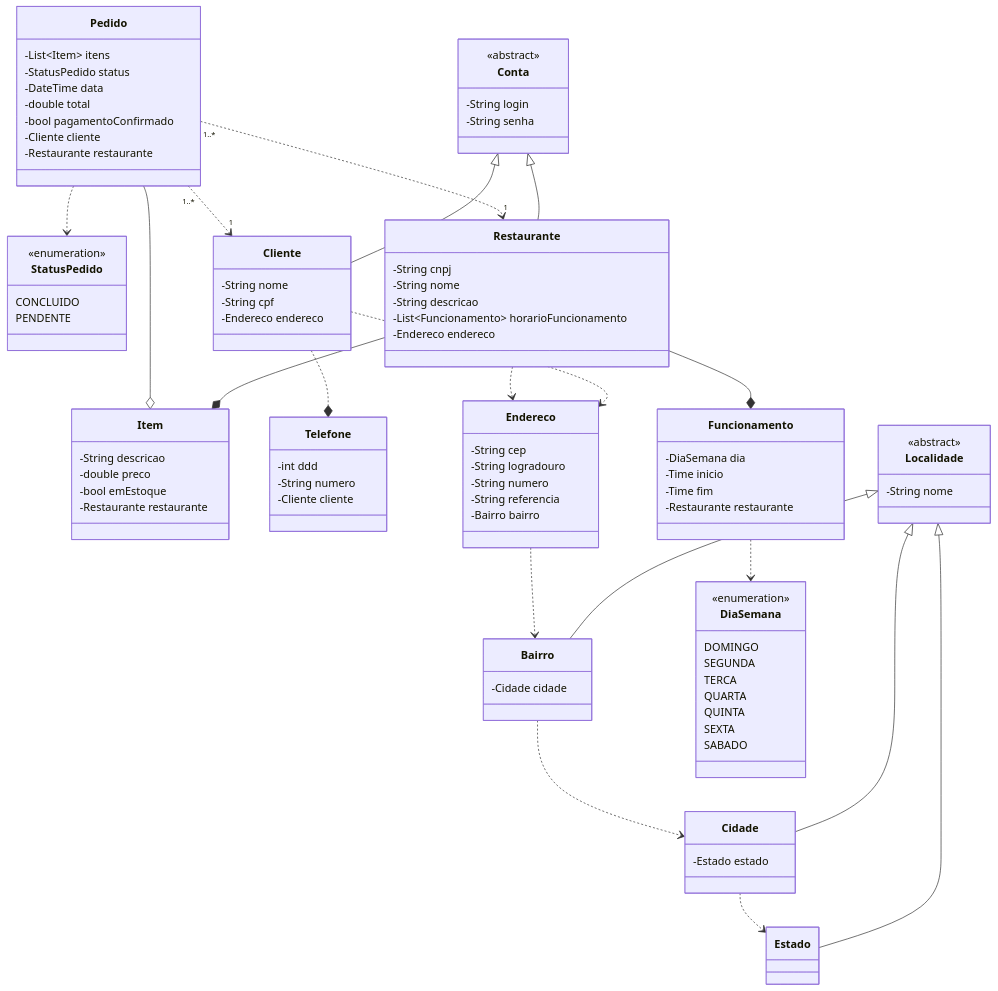
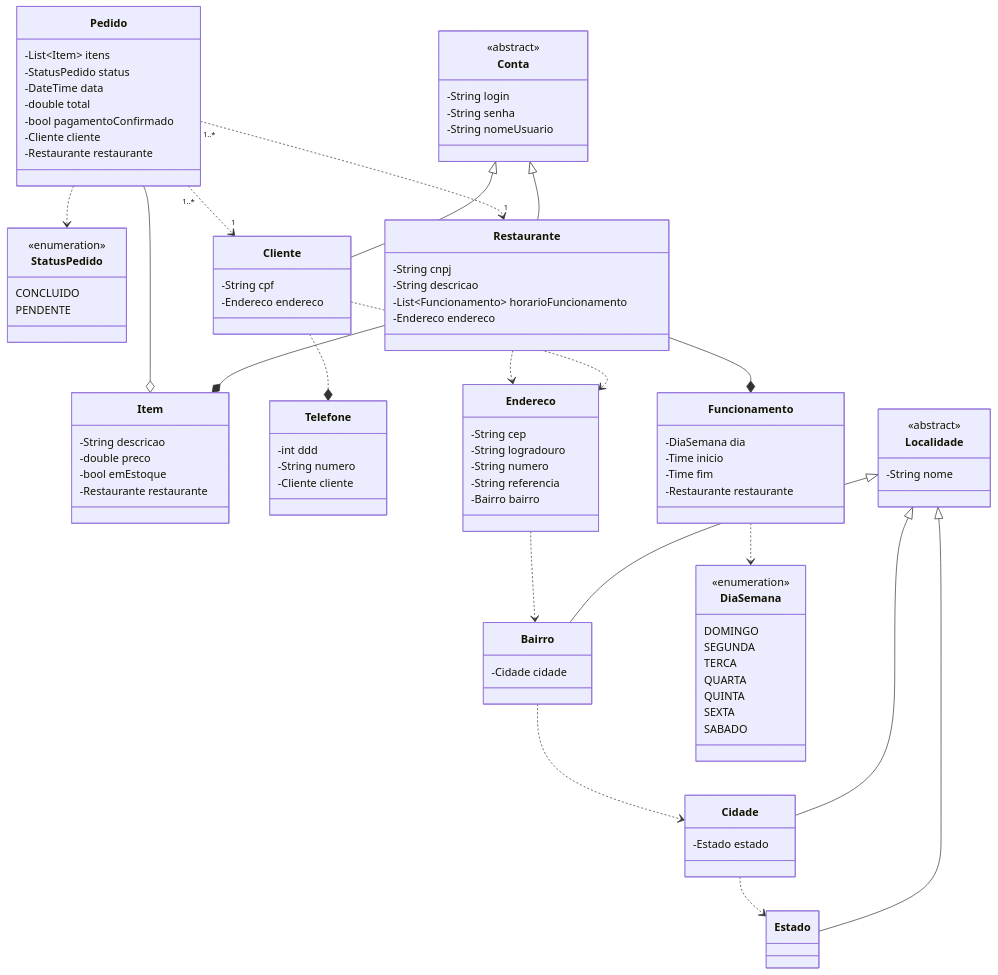
Before and after one commit to gxrj/dio-santander2023: the diagram in desafio-final-backend-dio-santander2023/README.md, drawn with Mermaid.

Commit message:
docs: atualiza a documentação

```diff
--- a/desafio-final-backend-dio-santander2023/README.md
+++ b/desafio-final-backend-dio-santander2023/README.md
@@ -34,7 +34,6 @@
         PENDENTE
     }
     class Cliente{
-        -String nome
         -String cpf
         -Endereco endereco
     }
@@ -66,10 +65,10 @@
         <<abstract>>
         -String login
         -String senha
+        -String nomeUsuario
     }
     class Restaurante{
         -String cnpj
-        -String nome
         -String descricao
         -List~Funcionamento~ horarioFuncionamento
         -Endereco endereco
```
